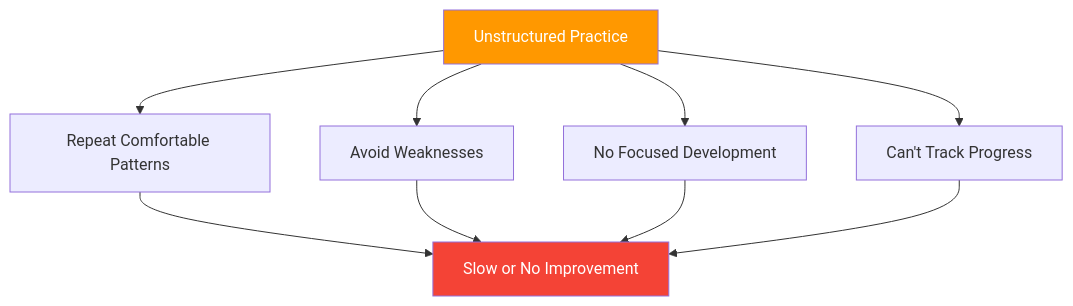
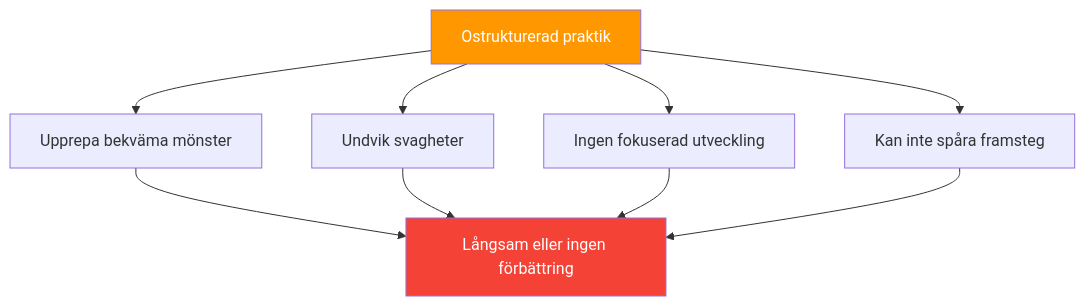
The diagram in docs/sv/articles/practice-structure.md (patwii/petanque-academy), drawn with Mermaid before and after one commit. The commit also changed other lines of this file and 550 other files, not shown here.

````diff
--- a/docs/sv/articles/practice-structure.md
+++ b/docs/sv/articles/practice-structure.md
@@ -20,15 +20,15 @@
 ```mermaid
 flowchart TD
-    A[Unstructured Practice] --> B[Repeat Comfortable Patterns]
-    A --> C[Avoid Weaknesses]
-    A --> D[No Focused Development]
-    A --> E[Can't Track Progress]
+    A[Ostrukturerad praktik] --> B[Upprepa bekväma mönster]
+    A --> C[Undvik svagheter]
+    A --> D[Ingen fokuserad utveckling]
+    A --> E[Kan inte spåra framsteg]
 
-    B --> F[Slow or No Improvement]
+    B --> F[Långsam eller ingen förbättring]
     C --> F
     D --> F
     E --> F
 
     style A fill:#FF9800,color:#fff
     style F fill:#f44336,color:#fff
 ```
````
